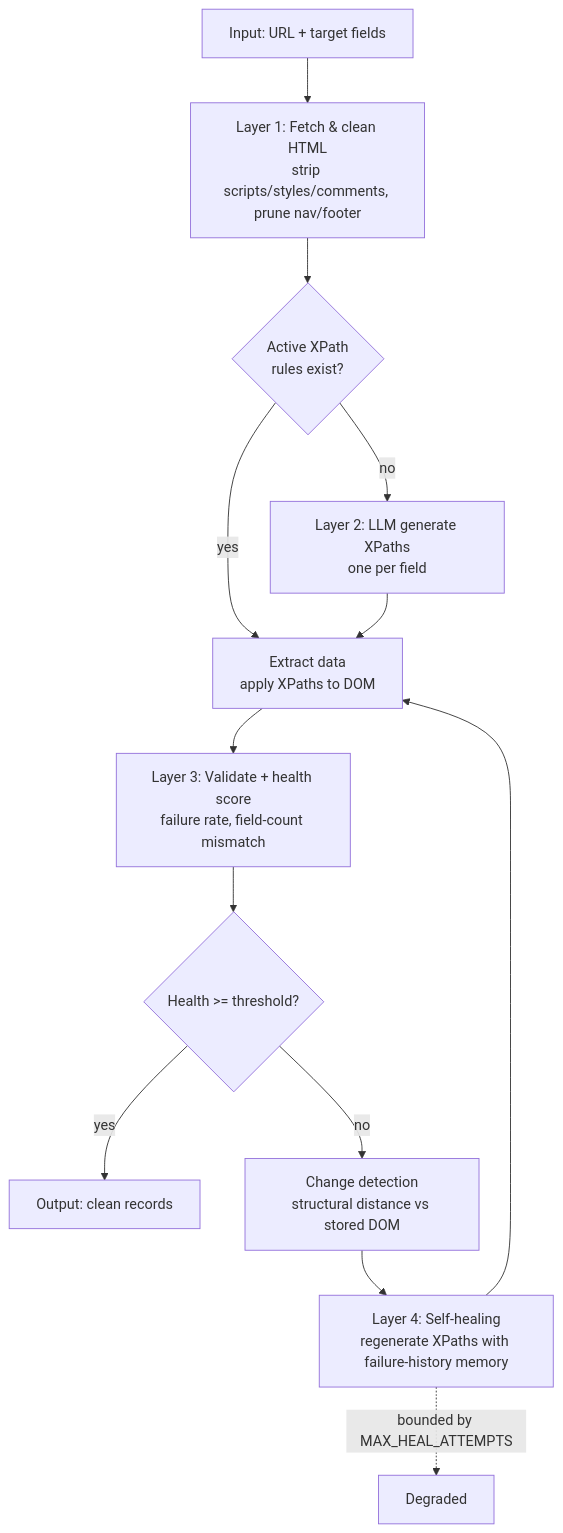
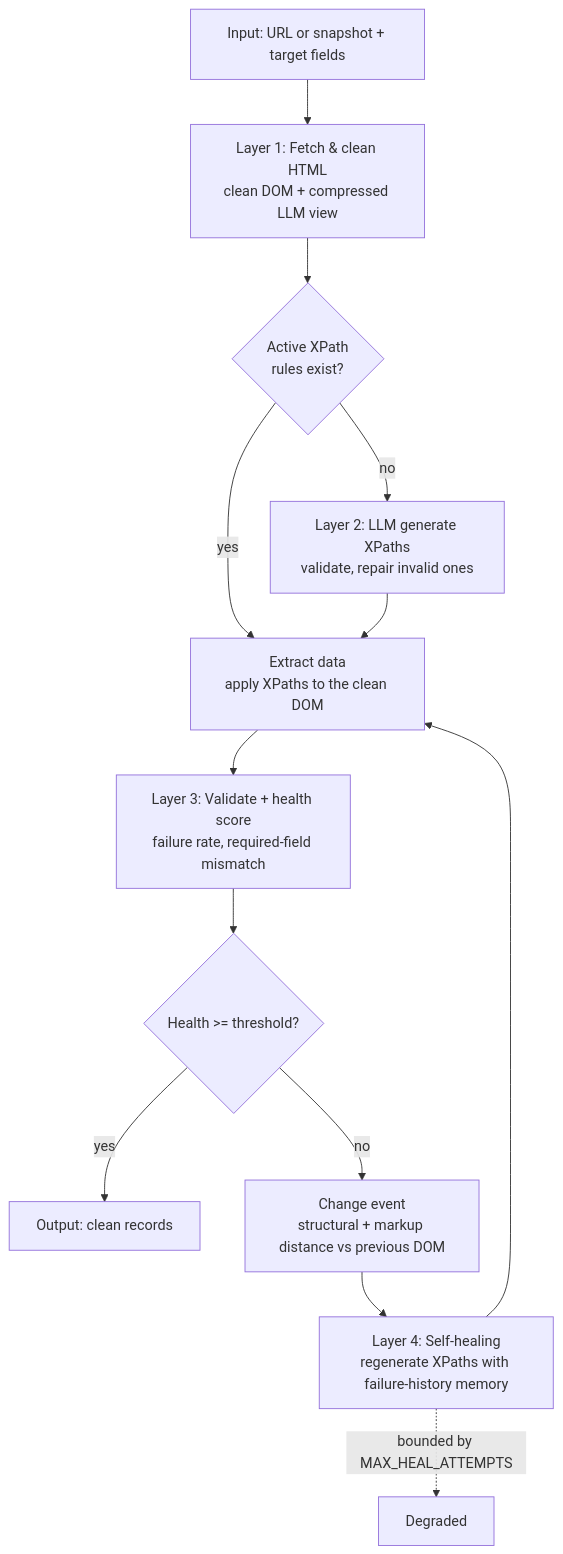
The diagram in docs/ARCHITECTURE.md (hamada6102000/AutoScrappingModel), drawn with Mermaid before and after one commit. The commit also changed other lines of this file and 70 other files, not shown here.

````diff
--- a/docs/ARCHITECTURE.md
+++ b/docs/ARCHITECTURE.md
@@ -28,15 +28,15 @@
 ```mermaid
 flowchart TD
-    A[Input: URL + target fields] --> B[Layer 1: Fetch & clean HTML<br/>strip scripts/styles/comments, prune nav/footer]
+    A[Input: URL or snapshot + target fields] --> B[Layer 1: Fetch & clean HTML<br/>clean DOM + compressed LLM view]
     B --> C{Active XPath<br/>rules exist?}
-    C -- no --> D[Layer 2: LLM generate XPaths<br/>one per field]
+    C -- no --> D[Layer 2: LLM generate XPaths<br/>validate, repair invalid ones]
     C -- yes --> E
-    D --> E[Extract data<br/>apply XPaths to DOM]
-    E --> F[Layer 3: Validate + health score<br/>failure rate, field-count mismatch]
+    D --> E[Extract data<br/>apply XPaths to the clean DOM]
+    E --> F[Layer 3: Validate + health score<br/>failure rate, required-field mismatch]
     F --> G{Health >= threshold?}
     G -- yes --> H[Output: clean records]
-    G -- no --> I[Change detection<br/>structural distance vs stored DOM]
+    G -- no --> I[Change event<br/>structural + markup distance vs previous DOM]
     I --> J[Layer 4: Self-healing<br/>regenerate XPaths with failure-history memory]
     J --> E
     J -. bounded by MAX_HEAL_ATTEMPTS .-> K[Degraded]
 ```
````
